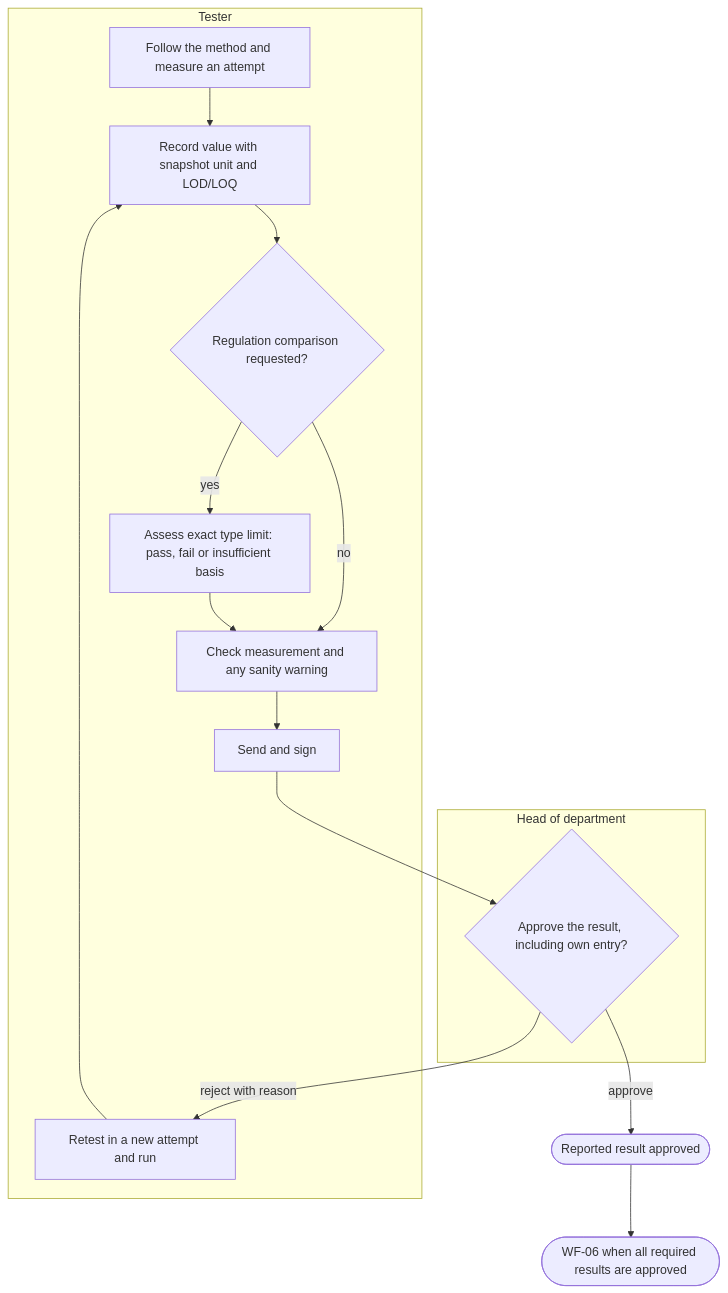
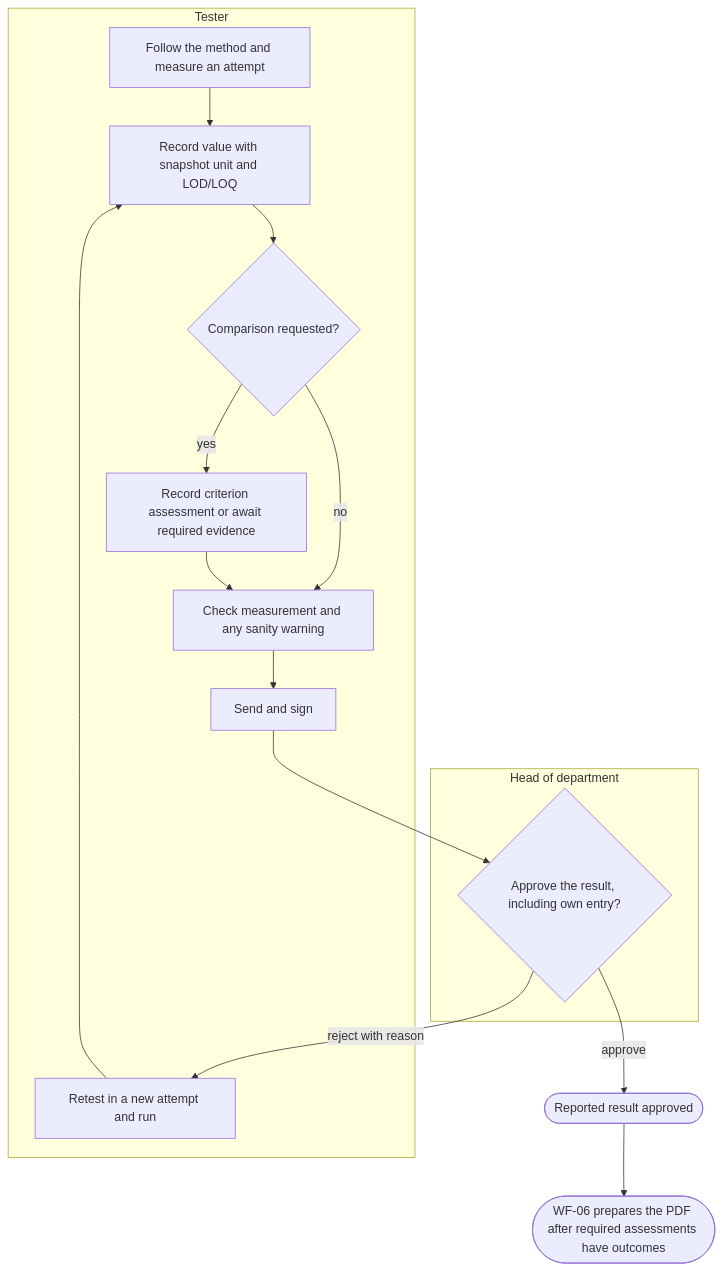
One commit to SoltuneMontepre/medilab changed the fourth of 16 diagrams in docs/functional/business-flows.md. Above: the diagram before and after it, drawn with Mermaid. The commit also changed other lines of this file and 28 other files, not shown here.

````diff
--- a/docs/functional/business-flows.md
+++ b/docs/functional/business-flows.md
@@ -202,18 +203,18 @@
 ```mermaid
 flowchart TD
     subgraph lane10 ["Tester"]
         t1[Follow the method and measure an attempt] --> t2[Record value with snapshot unit and LOD/LOQ]
-        t2 --> q{Regulation comparison requested?}
-        q -->|yes| t3[Assess exact type limit: pass, fail or insufficient basis]
+        t2 --> q{Comparison requested?}
+        q -->|yes| t3[Record criterion assessment or await required evidence]
         q -->|no| t4[Check measurement and any sanity warning]
         t3 --> t4 --> t5[Send and sign]
         t6[Retest in a new attempt and run]
     end
     subgraph lane11 ["Head of department"]
         h1{Approve the result, including own entry?}
     end
     t5 --> h1
     h1 -->|reject with reason| t6 --> t2
     h1 -->|approve| done([Reported result approved])
-    done --> wf06([WF-06 when all required results are approved])
+    done --> wf06([WF-06 prepares the PDF after required assessments have outcomes])
 ```
````
